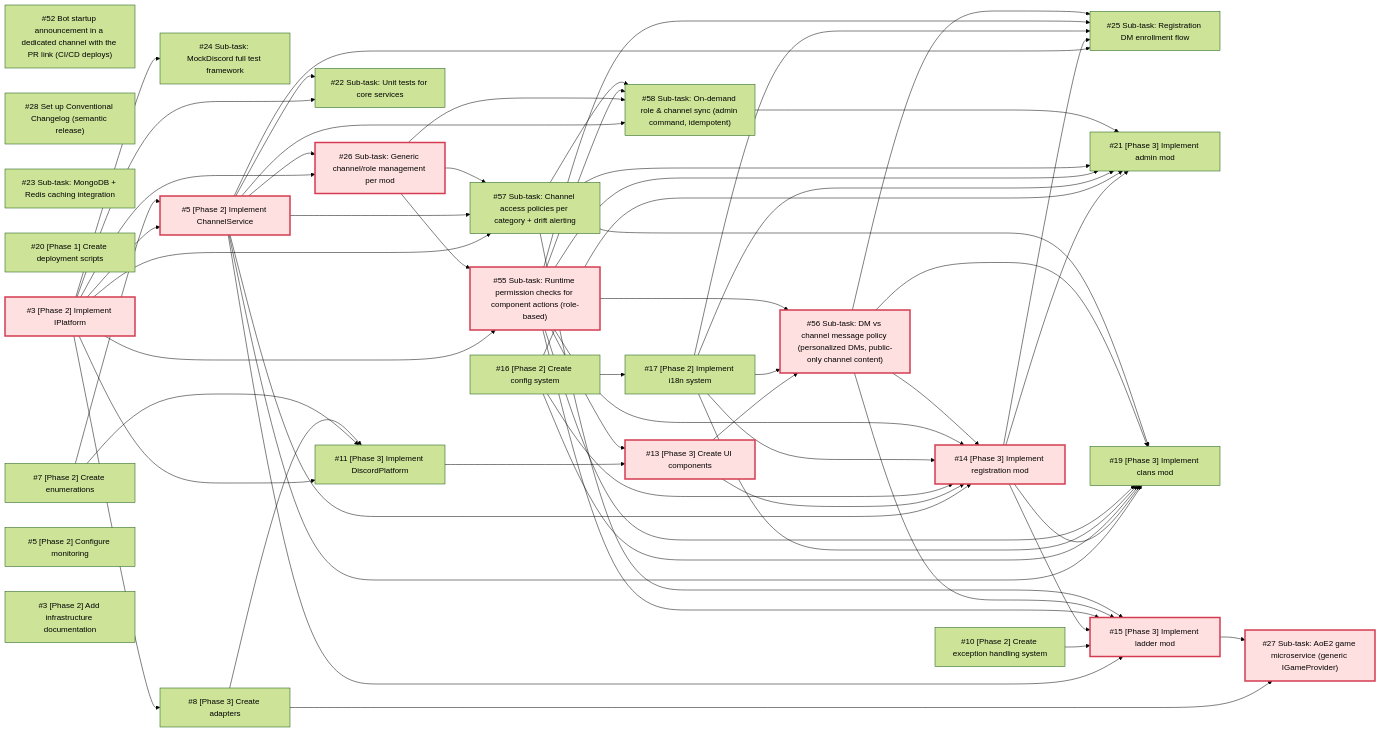
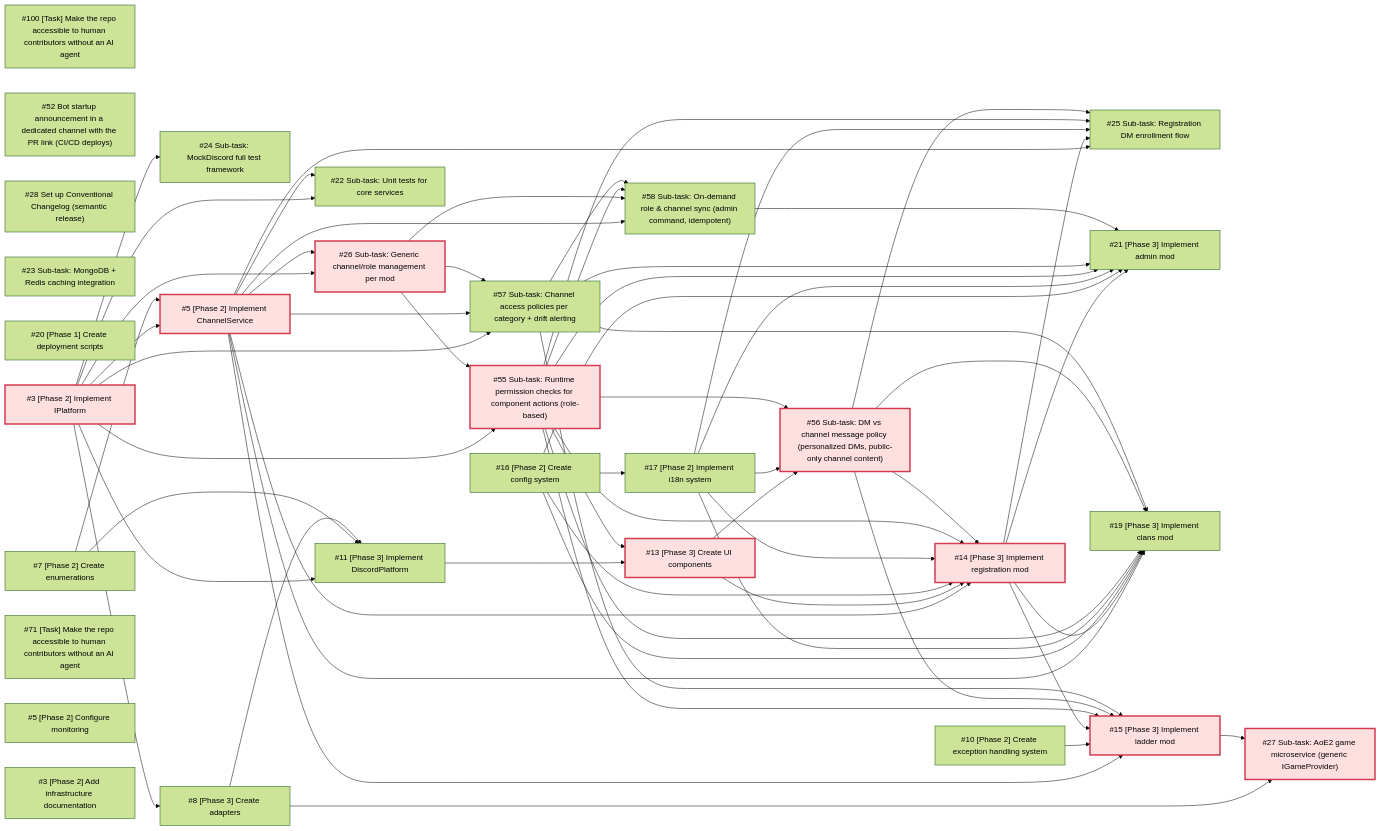
One commit to merlin-pinpin-org/kingdoms changed the diagram in docs/DEPENDENCIES.md. Above: the diagram before and after it, drawn with Mermaid (forest theme). The commit also changed other lines of this file and 5 other files, not shown here.

First line of the commit message:
docs: make the repositories accessible to human contributors without an agent

````diff
--- a/docs/DEPENDENCIES.md
+++ b/docs/DEPENDENCIES.md
@@ -28,5 +28,6 @@
 ```mermaid
 flowchart LR
+    ks_100["#100 [Task] Make the repo accessible to human contributors without an AI agent"]
     ks_58["#58 Sub-task: On-demand role & channel sync (admin command, idempotent)"]
     ks_57["#57 Sub-task: Channel access policies per category + drift alerting"]
     ks_56["#56 Sub-task: DM vs channel message policy (personalized DMs, public-only channel content)"]
@@ -53,6 +54,7 @@
     ks_7["#7 [Phase 2] Create enumerations"]
     ks_5["#5 [Phase 2] Implement ChannelService"]
     ks_3["#3 [Phase 2] Implement IPlatform"]
+    ki_71["#71 [Task] Make the repo accessible to human contributors without an AI agent"]
     ki_5["#5 [Phase 2] Configure monitoring"]
     ki_3["#3 [Phase 2] Add infrastructure documentation"]
     ks_5 --> ks_58
````
